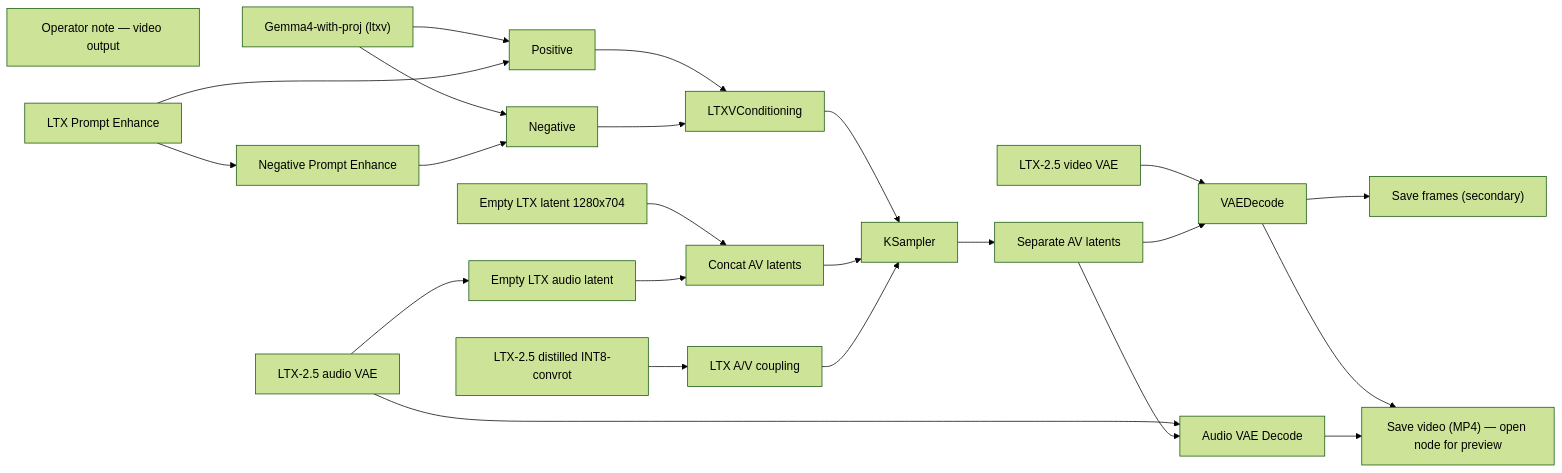
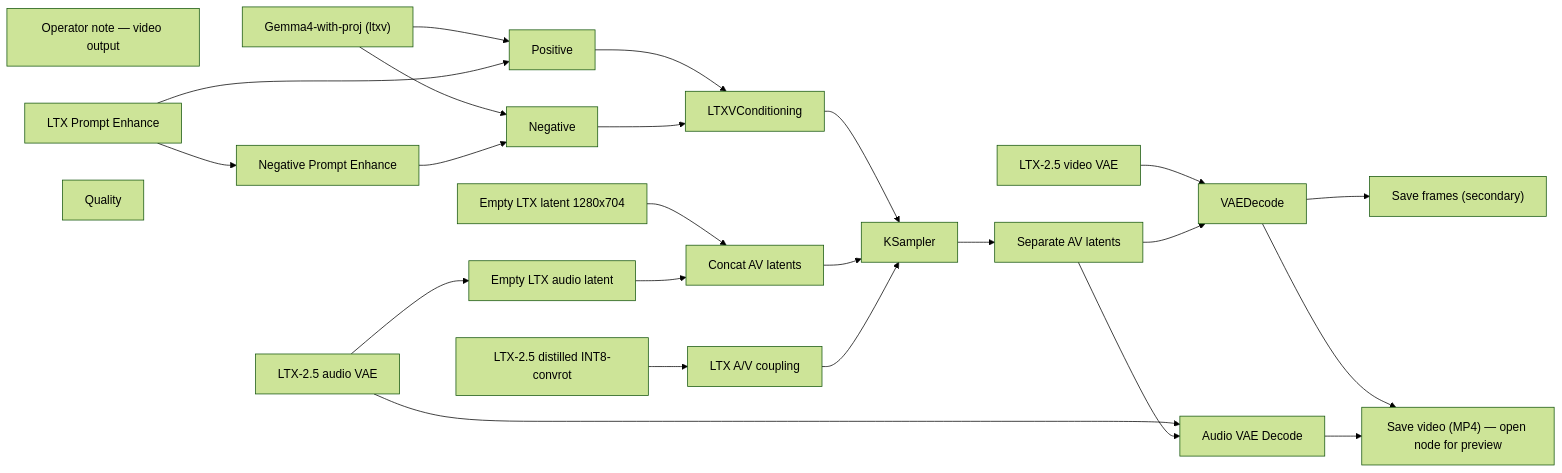
One commit to toxicoder/ez-comfy-stack changed the diagram in docs/generated/workflows/ltx/dialogue-5s.md. Above: the diagram before and after it, drawn with Mermaid (forest theme). The commit also changed other lines of this file and 644 other files, not shown here.

````diff
--- a/docs/generated/workflows/ltx/dialogue-5s.md
+++ b/docs/generated/workflows/ltx/dialogue-5s.md
@@ -55,45 +55,46 @@
 ```mermaid
 flowchart LR
   N1["LTX-2.5 distilled INT8-convrot"]
   N2["LTX-2.5 video VAE"]
   N3["Gemma4-with-proj (ltxv)"]
   N4["Positive"]
   N5["Negative"]
   N6["Empty LTX latent 1280x704"]
   N7["LTXVConditioning"]
   N8["KSampler"]
   N9["VAEDecode"]
   N10["Save frames (secondary)"]
   N11["LTX-2.5 audio VAE"]
   N12["Empty LTX audio latent"]
   N13["Concat AV latents"]
   N14["Separate AV latents"]
   N15["Operator note — video output"]
   N16["Save video (MP4) — open node for preview"]
   N17["LTX Prompt Enhance"]
   N18["Audio VAE Decode"]
   N19["Negative Prompt Enhance"]
   N20["LTX A/V coupling"]
+  N21["Quality"]
   N1 --> N20
   N2 --> N9
   N3 --> N4
   N3 --> N5
   N4 --> N7
   N5 --> N7
   N6 --> N13
   N7 --> N8
   N8 --> N14
   N9 --> N10
   N9 --> N16
   N11 --> N12
   N11 --> N18
   N12 --> N13
   N13 --> N8
   N14 --> N9
   N14 --> N18
   N17 --> N4
   N17 --> N19
   N18 --> N16
   N19 --> N5
   N20 --> N8
 ```
````
